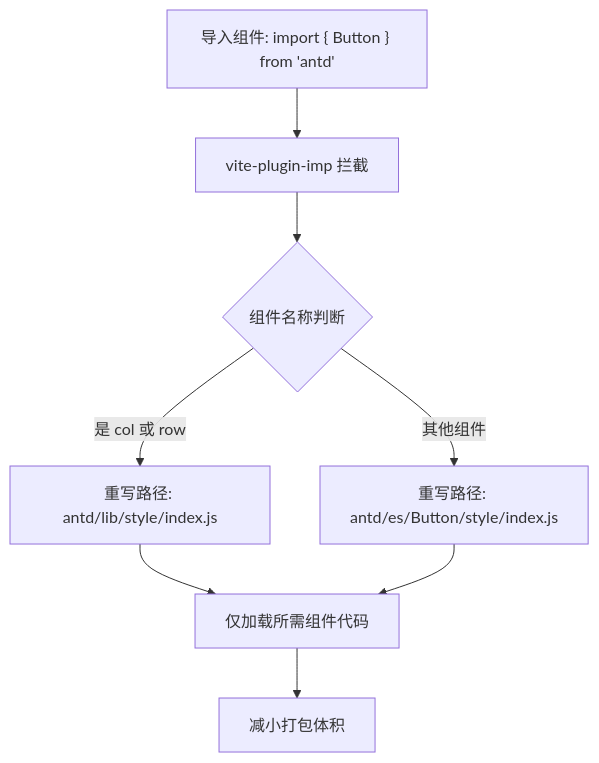
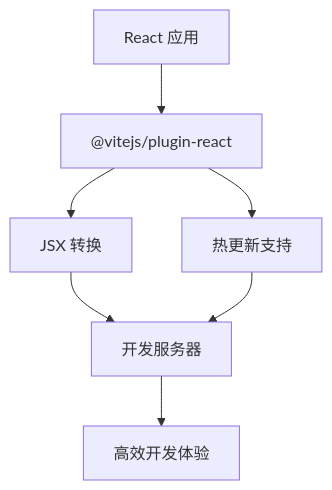
One commit to fengerzh/react-vscode-template changed the first of 2 diagrams in .qoder/repowiki/zh/content/构建与部署/构建配置.md. Above: the diagram before and after it, drawn with Mermaid. The commit also changed other lines of this file and 6 other files, not shown here.

````diff
--- a/.qoder/repowiki/zh/content/构建与部署/构建配置.md
+++ b/.qoder/repowiki/zh/content/构建与部署/构建配置.md
@@ -31,10 +39,9 @@
 ```mermaid
 flowchart TD
-A["导入组件: import { Button } from 'antd'"] --> B["vite-plugin-imp 拦截"]
-B --> C{"组件名称判断"}
-C --> |是 col 或 row| D["重写路径: antd/lib/style/index.js"]
-C --> |其他组件| E["重写路径: antd/es/Button/style/index.js"]
-D --> F["仅加载所需组件代码"]
-E --> F
-F --> G["减小打包体积"]
+A["React 应用"] --> B["@vitejs/plugin-react"]
+B --> C["JSX 转换"]
+B --> D["热更新支持"]
+C --> E["开发服务器"]
+D --> E
+E --> F["高效开发体验"]
 ```
````
